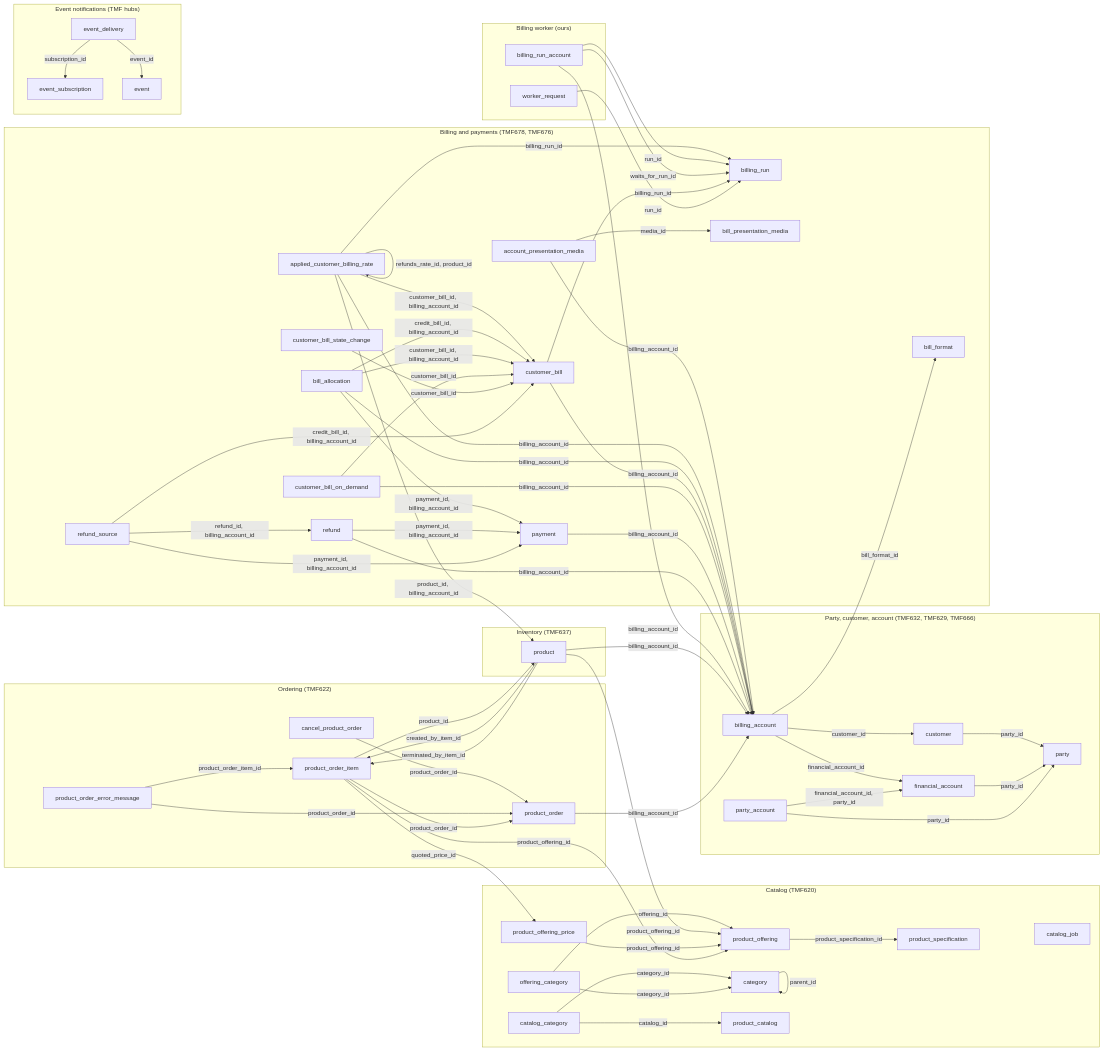
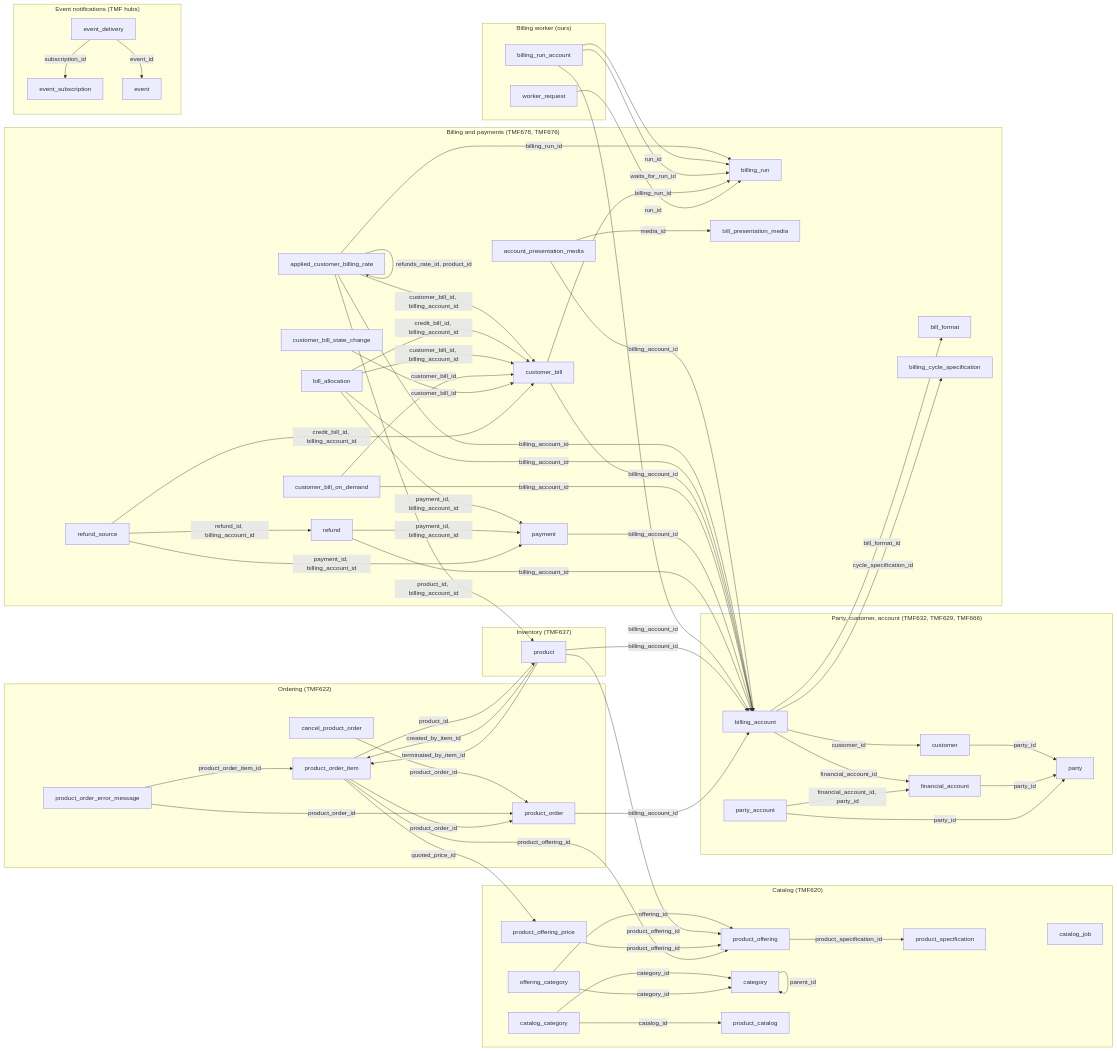
The first of 8 diagrams in docs/db/README.md (altharmz/bss), drawn with Mermaid before and after one commit. The commit also changed other lines of this file and 37 other files, not shown here.

```diff
--- a/docs/db/README.md
+++ b/docs/db/README.md
@@ -87,6 +88,7 @@
     bill_format[bill_format]
     bill_presentation_media[bill_presentation_media]
     account_presentation_media[account_presentation_media]
+    billing_cycle_specification[billing_cycle_specification]
   end
   subgraph area_worker["Billing worker (ours)"]
     billing_run_account[billing_run_account]
@@ -110,6 +112,7 @@
   bill_allocation -->|"payment_id, billing_account_id"| payment
   billing_account -->|"bill_format_id"| bill_format
   billing_account -->|"customer_id"| customer
+  billing_account -->|"cycle_specification_id"| billing_cycle_specification
   billing_account -->|"financial_account_id"| financial_account
   billing_run_account -->|"billing_account_id"| billing_account
   billing_run_account -->|"run_id"| billing_run
```
